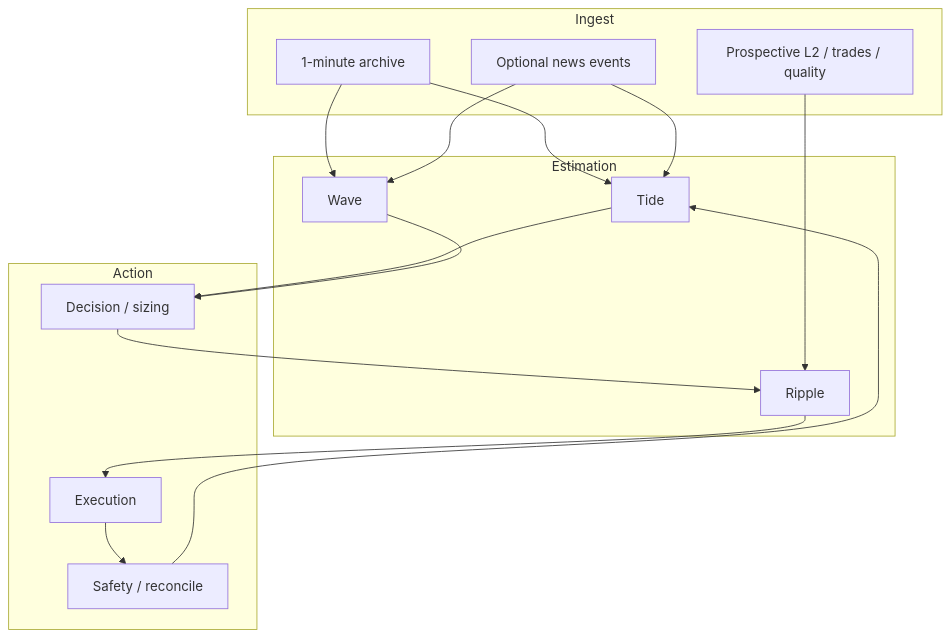
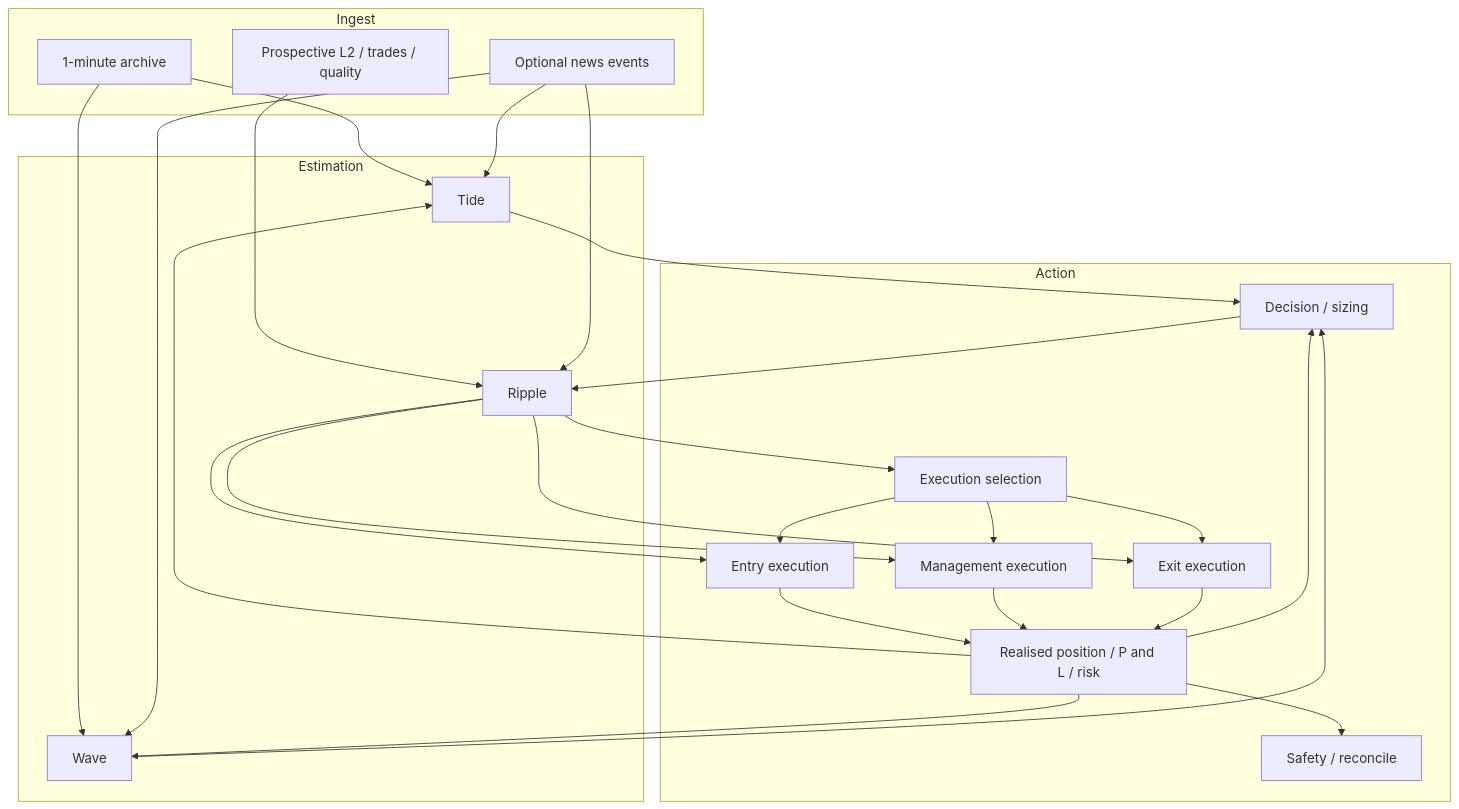
Before and after one commit to Centheos1/trading: the third of 4 diagrams in strategy.new.md, drawn with Mermaid. The commit also changed other lines of this file and 11 other files, not shown here.

First line of the commit message:
Record the strategy roadmap and the Oanda frontier research path.

````diff
--- a/strategy.new.md
+++ b/strategy.new.md
@@ -768,29 +1385,45 @@
 ```mermaid
 flowchart TB
     subgraph ingest [Ingest]
         P1[1-minute archive]
         P2[Prospective L2 / trades / quality]
         P3[Optional news events]
     end
     subgraph models [Estimation]
         Tide
         Wave
         Ripple
     end
     subgraph act [Action]
         Dec[Decision / sizing]
-        Ex[Execution]
+        Entry[Entry execution]
+        Manage[Management execution]
+        Exit[Exit execution]
+        Ex[Execution selection]
+        Pos[Realised position / P and L / risk]
         Ops[Safety / reconcile]
     end
     P1 --> Tide
     P1 --> Wave
     P2 --> Ripple
     P3 --> Tide
     P3 --> Wave
+    P3 --> Ripple
     Tide --> Dec
     Wave --> Dec
     Dec --> Ripple
+    Ripple --> Entry
+    Ripple --> Manage
+    Ripple --> Exit
     Ripple --> Ex
-    Ex --> Ops
-    Ops --> Tide
+    Ex --> Entry
+    Ex --> Manage
+    Ex --> Exit
+    Entry --> Pos
+    Manage --> Pos
+    Exit --> Pos
+    Pos --> Ops
+    Pos --> Tide
+    Pos --> Wave
+    Pos --> Dec
 ```
````
